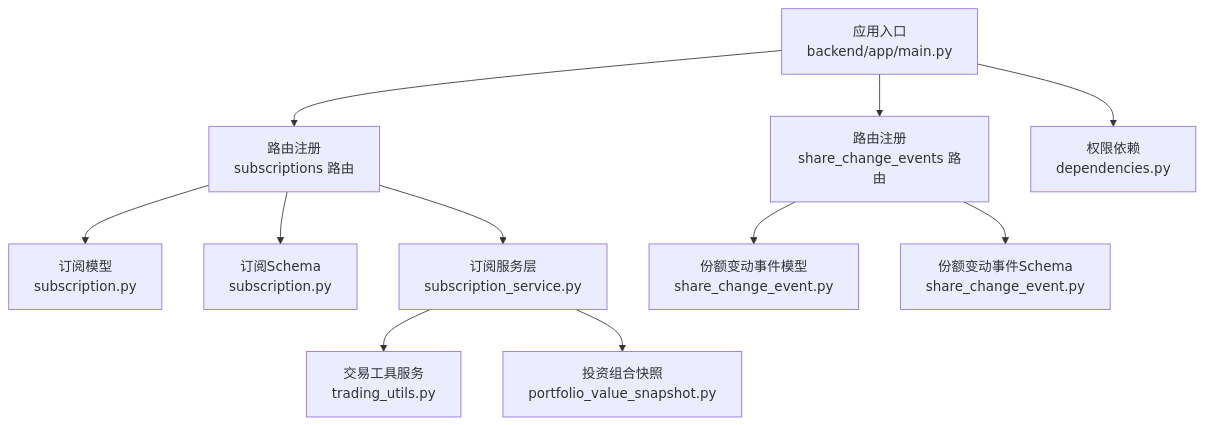
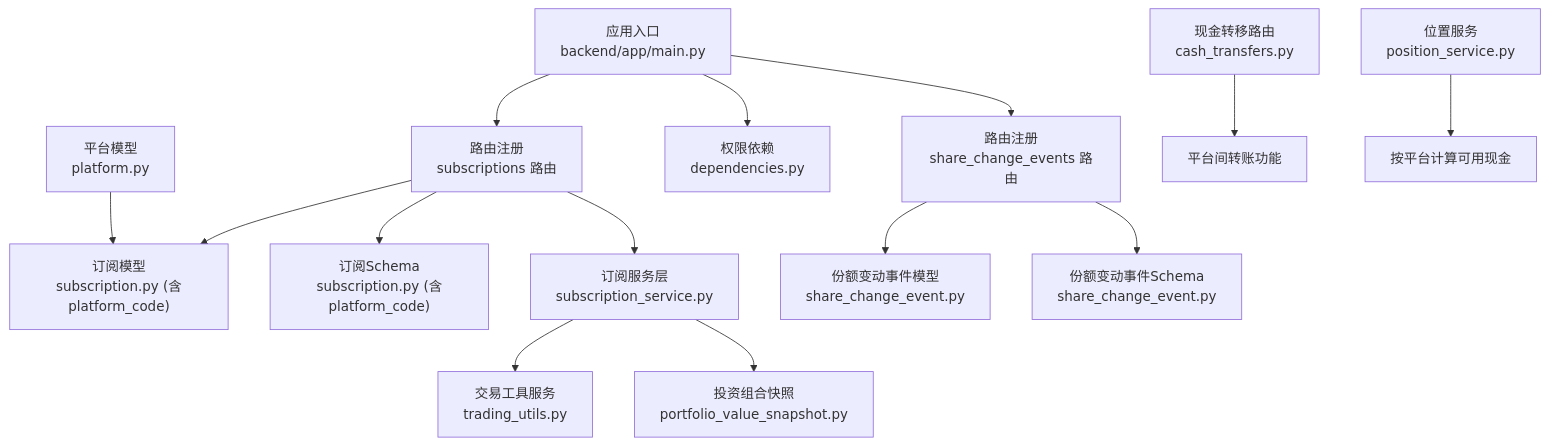
Before and after one commit to gujialind/InvestRing: the first of 8 diagrams in .qoder/repowiki/zh/content/后端API文档/申购赎回API.md, drawn with Mermaid. The commit also changed other lines of this file and 42 other files, not shown here.

````diff
--- a/.qoder/repowiki/zh/content/后端API文档/申购赎回API.md
+++ b/.qoder/repowiki/zh/content/后端API文档/申购赎回API.md
@@ -58,13 +69,16 @@
 ```mermaid
 graph TB
 A["应用入口<br/>backend/app/main.py"] --> B["路由注册<br/>subscriptions 路由"]
 A --> C["路由注册<br/>share_change_events 路由"]
-B --> D["订阅模型<br/>subscription.py"]
-B --> E["订阅Schema<br/>subscription.py"]
+B --> D["订阅模型<br/>subscription.py (含platform_code)"]
+B --> E["订阅Schema<br/>subscription.py (含platform_code)"]
 B --> F["订阅服务层<br/>subscription_service.py"]
 C --> G["份额变动事件模型<br/>share_change_event.py"]
 C --> H["份额变动事件Schema<br/>share_change_event.py"]
 A --> I["权限依赖<br/>dependencies.py"]
 F --> J["交易工具服务<br/>trading_utils.py"]
 F --> K["投资组合快照<br/>portfolio_value_snapshot.py"]
+L["平台模型<br/>platform.py"] --> D
+M["现金转移路由<br/>cash_transfers.py"] --> N["平台间转账功能"]
+O["位置服务<br/>position_service.py"] --> P["按平台计算可用现金"]
 ```
````
